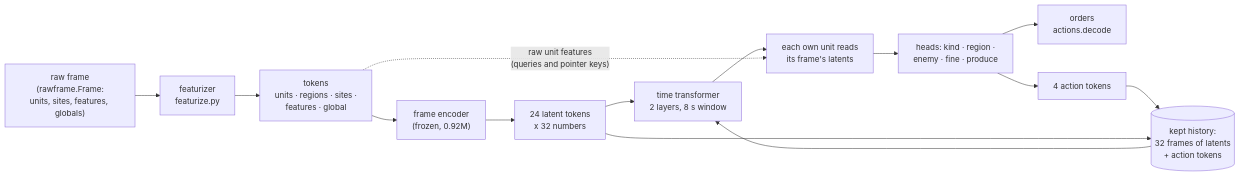
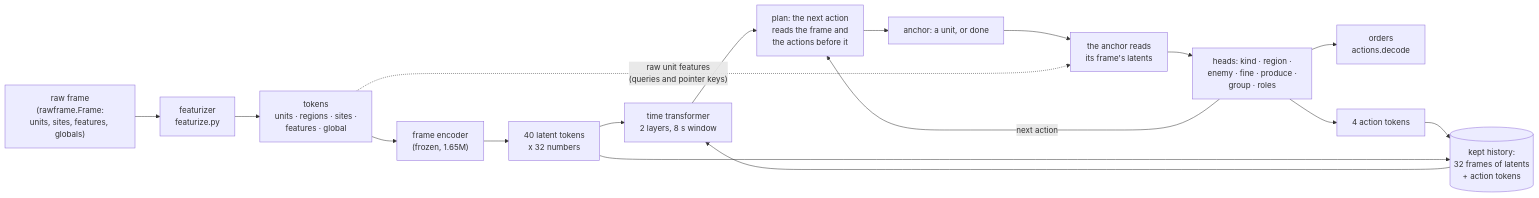
The first of 11 diagrams in docs/model.md (pts1667/zk-ArenaAI), drawn with Mermaid before and after one commit. The commit also changed other lines of this file and 47 other files, not shown here.

First line of the commit message:
Add air, group orders and Pluto-style actions; train a bigger encoder; add a diversity bonus

````diff
--- a/docs/model.md
+++ b/docs/model.md
@@ -15,21 +16,24 @@
 ```mermaid
 flowchart LR
     RF["raw frame<br/>(rawframe.Frame:<br/>units, sites, features, globals)"]
     FZ["featurizer<br/>featurize.py"]
     TOK["tokens<br/>units · regions · sites ·<br/>features · global"]
-    ENC["frame encoder<br/>(frozen, 0.92M)"]
-    LAT["24 latent tokens<br/>x 32 numbers"]
+    ENC["frame encoder<br/>(frozen, 1.65M)"]
+    LAT["40 latent tokens<br/>x 32 numbers"]
     TIME["time transformer<br/>2 layers, 8 s window"]
     HIST[("kept history:<br/>32 frames of latents<br/>+ action tokens")]
-    READ["each own unit reads<br/>its frame's latents"]
-    HEADS["heads: kind · region ·<br/>enemy · fine · produce"]
+    PLAN["plan: the next action<br/>reads the frame and<br/>the actions before it"]
+    ANC["anchor: a unit, or done"]
+    READ["the anchor reads<br/>its frame's latents"]
+    HEADS["heads: kind · region ·<br/>enemy · fine · produce ·<br/>group · roles"]
     ORD["orders<br/>actions.decode"]
     ACT["4 action tokens"]
 
     RF --> FZ --> TOK --> ENC --> LAT --> TIME
     HIST --> TIME
-    TIME --> READ --> HEADS --> ORD
+    TIME --> PLAN --> ANC --> READ --> HEADS --> ORD
+    HEADS -- "next action" --> PLAN
     HEADS --> ACT --> HIST
     LAT --> HIST
     TOK -. "raw unit features<br/>(queries and pointer keys)" .-> READ
 ```
````
